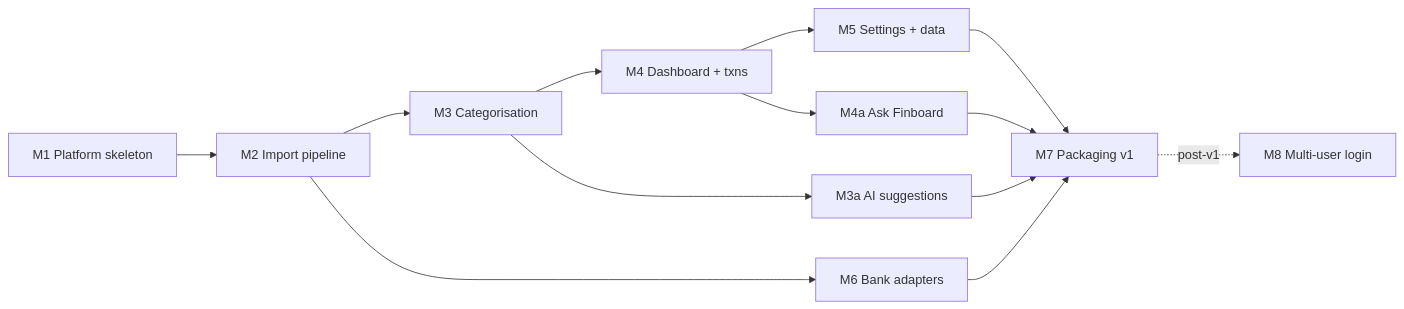
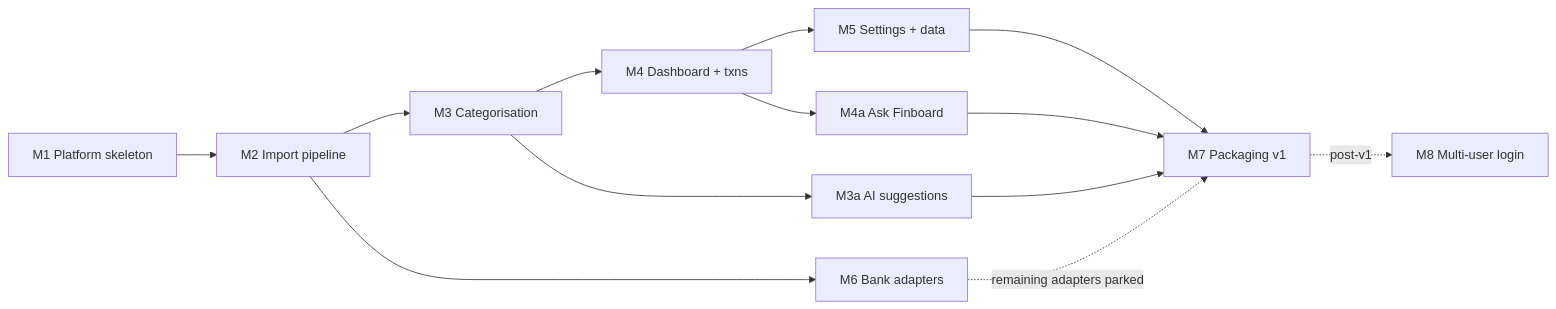
Before and after one commit to kapilsharma/finboard: the diagram in docs/ROADMAP.md, drawn with Mermaid. The commit also changed other lines of this file and 7 other files, not shown here.

First line of the commit message:
docs(#8): M7 done; ADR-0040, README install and upgrade, roadmap, build notes

````diff
--- a/docs/ROADMAP.md
+++ b/docs/ROADMAP.md
@@ -14,9 +14,9 @@
 ```mermaid
 flowchart LR
   M1[M1 Platform skeleton] --> M2[M2 Import pipeline] --> M3[M3 Categorisation] --> M4[M4 Dashboard + txns] --> M5[M5 Settings + data] --> M7[M7 Packaging v1]
   M2 --> M6[M6 Bank adapters]
-  M6 --> M7
+  M6 -.remaining adapters parked.-> M7
   M3 --> M3a[M3a AI suggestions] --> M7
   M4 --> M4a[M4a Ask Finboard] --> M7
   M7 -.post-v1.-> M8[M8 Multi-user login]
 ```
````
